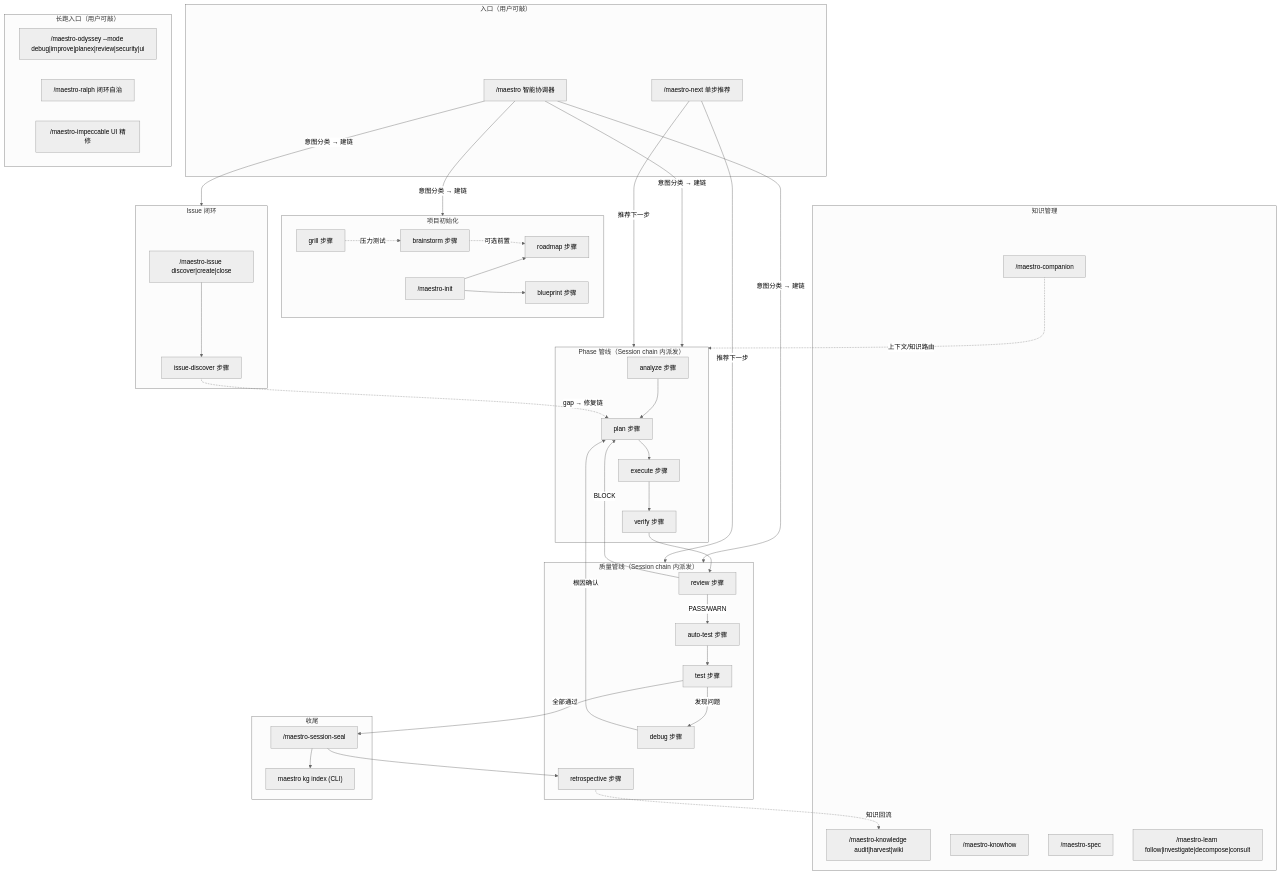
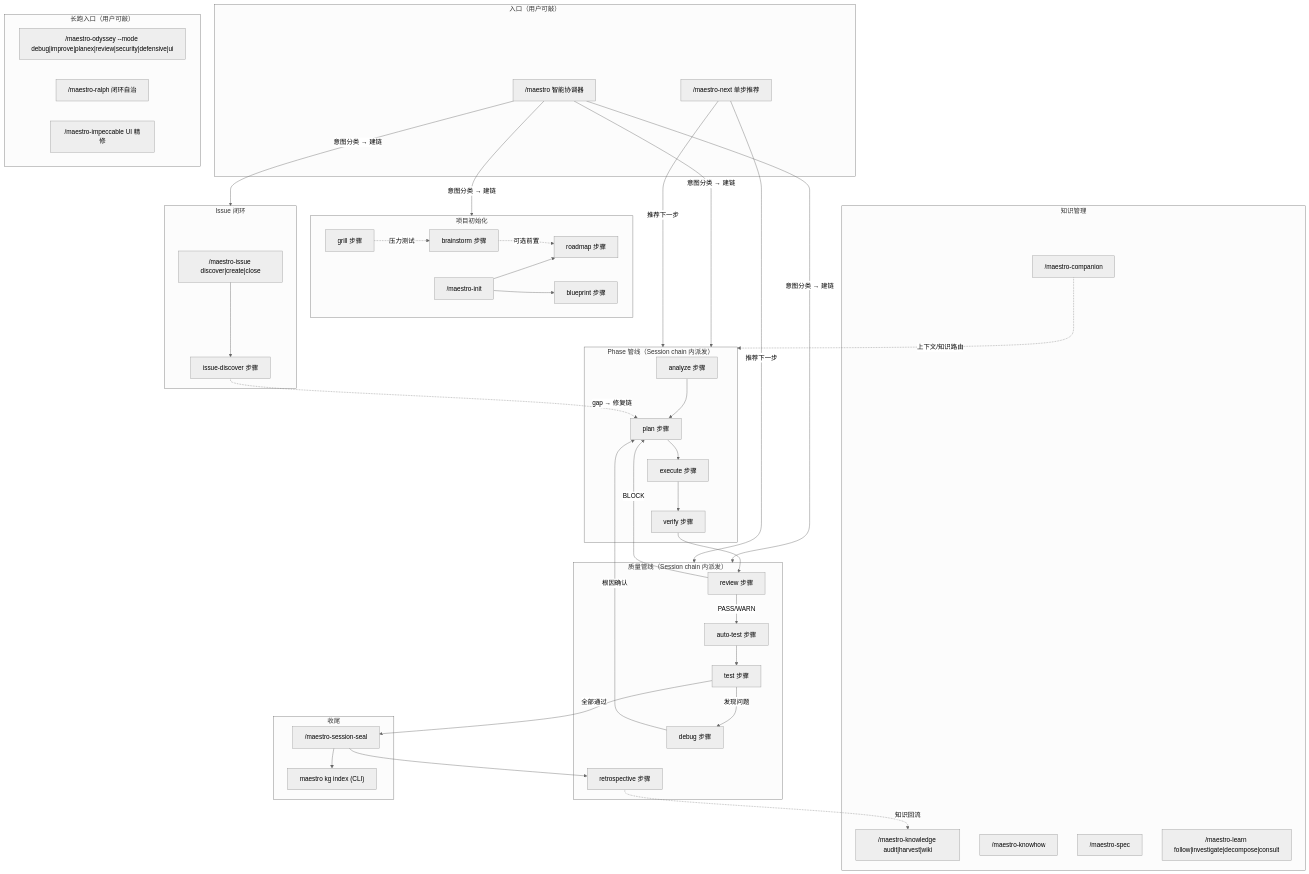
The first of 2 diagrams in docs/command-usage-guide.md (KatouRyuuji/maestro-flow), drawn with Mermaid (neutral theme) before and after one commit. The commit also changed other lines of this file and 11 other files, not shown here.

First line of the commit message:
feat(odyssey): add defensive mode — defensive-programming risk audit

````diff
--- a/docs/command-usage-guide.md
+++ b/docs/command-usage-guide.md
@@ -27,81 +27,81 @@
 ```mermaid
 graph TB
     subgraph entry["入口（用户可敲）"]
         M["/maestro 智能协调器"]
         NX["/maestro-next 单步推荐"]
     end
 
     subgraph campaign["长跑入口（用户可敲）"]
-        OD["/maestro-odyssey --mode debug|improve|planex|review|security|ui"]
+        OD["/maestro-odyssey --mode debug|improve|planex|review|security|defensive|ui"]
         RA["/maestro-ralph 闭环自治"]
         IMP["/maestro-impeccable UI 精修"]
     end
 
     subgraph setup["项目初始化"]
         INIT["/maestro-init"]
         BSs["brainstorm 步骤"]
         GRs["grill 步骤"]
         RMs["roadmap 步骤"]
         BPs["blueprint 步骤"]
     end
 
     subgraph pipeline["Phase 管线（Session chain 内派发）"]
         ANs["analyze 步骤"]
         PLs["plan 步骤"]
         EXs["execute 步骤"]
         VFs["verify 步骤"]
     end
 
     subgraph quality["质量管线（Session chain 内派发）"]
         RVs["review 步骤"]
         ATs["auto-test 步骤"]
         TSs["test 步骤"]
         DBs["debug 步骤"]
         RTs["retrospective 步骤"]
     end
 
     subgraph issue["Issue 闭环"]
         ISS["/maestro-issue discover|create|close"]
         IDs["issue-discover 步骤"]
     end
 
     subgraph knowledge["知识管理"]
         CP["/maestro-companion"]
         KN["/maestro-knowledge audit|harvest|wiki"]
         KH["/maestro-knowhow"]
         SP["/maestro-spec"]
         LN["/maestro-learn follow|investigate|decompose|consult"]
     end
 
     subgraph seal["收尾"]
         SL["/maestro-session-seal"]
         KGI["maestro kg index (CLI)"]
     end
 
     M -->|意图分类 → 建链| setup
     M -->|意图分类 → 建链| pipeline
     M -->|意图分类 → 建链| quality
     M -->|意图分类 → 建链| issue
     NX -->|推荐下一步| pipeline
     NX -->|推荐下一步| quality
 
     INIT --> RMs
     INIT --> BPs
     BSs -.->|可选前置| RMs
     GRs -.->|压力测试| BSs
 
     ANs --> PLs --> EXs --> VFs
     VFs --> RVs
     RVs -->|PASS/WARN| ATs --> TSs
     RVs -->|BLOCK| PLs
     TSs -->|发现问题| DBs
     DBs -->|根因确认| PLs
     ISS --> IDs
     IDs -.->|gap → 修复链| PLs
 
     TSs -->|全部通过| SL
     SL --> RTs
     SL --> KGI
     RTs -.->|知识回流| KN
     CP -.->|上下文/知识路由| pipeline
 ```
````
